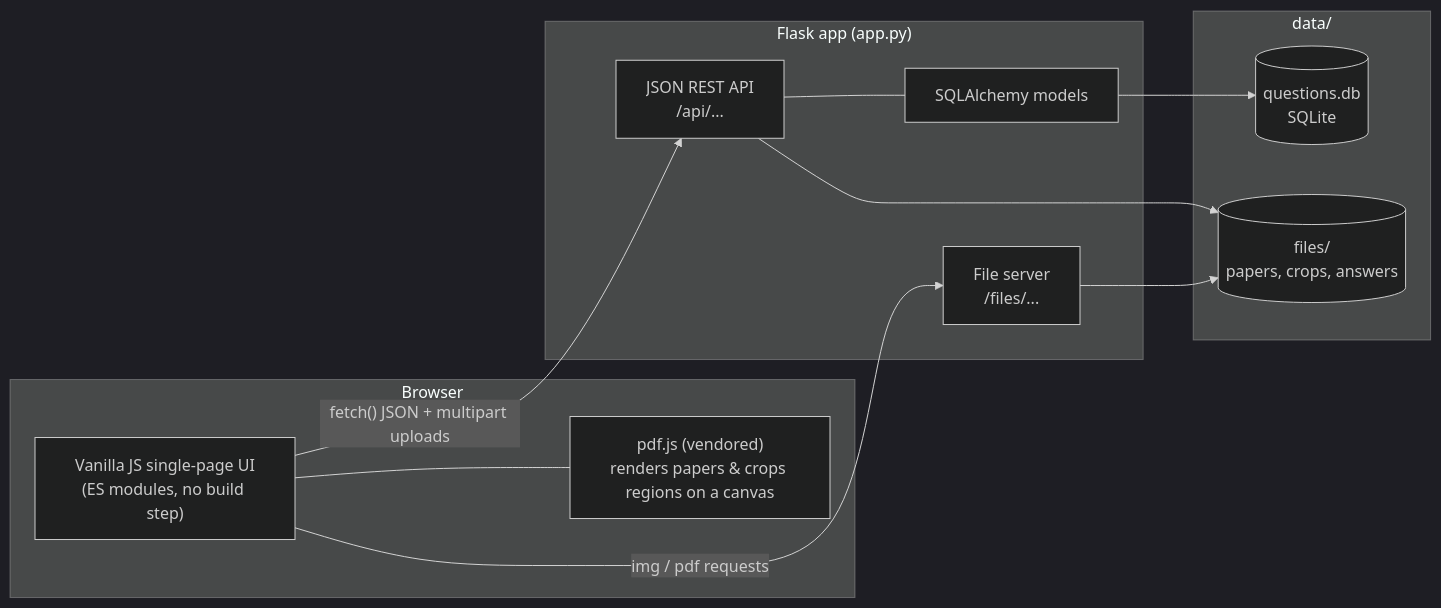
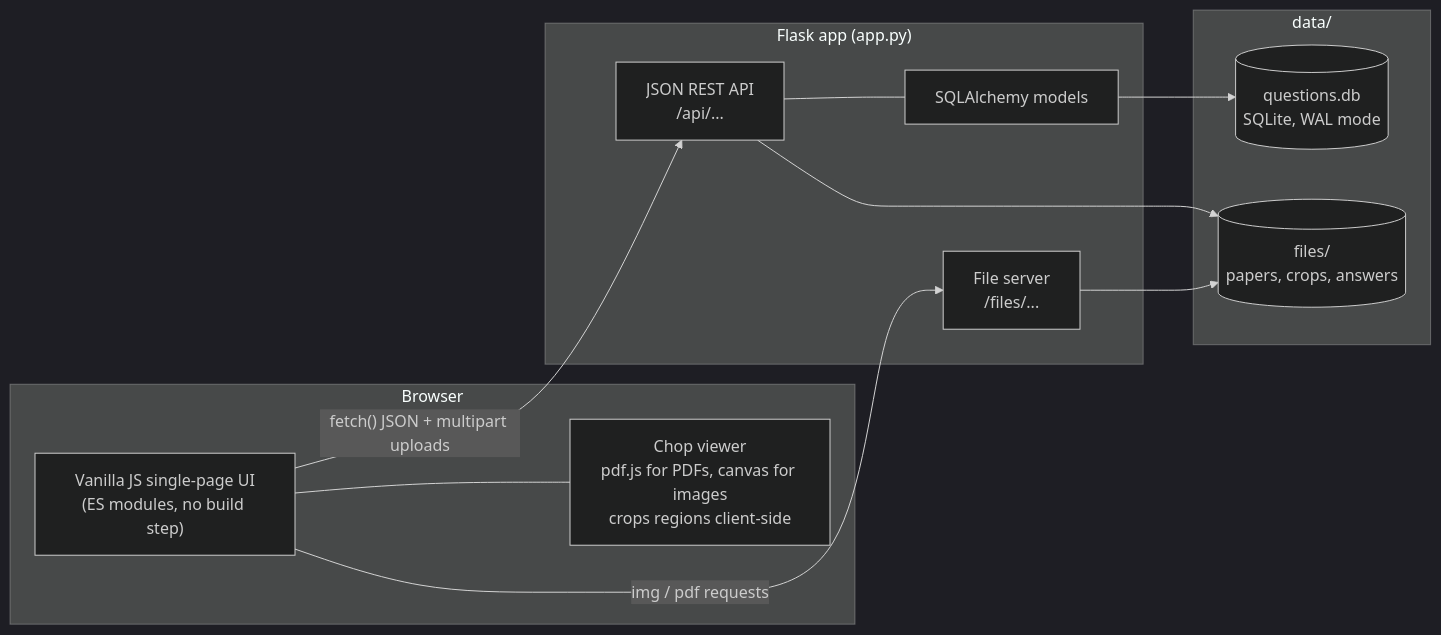
Before and after one commit to spere43/TutorDB: the first of 2 diagrams in README.md, drawn with Mermaid (dark theme). The commit also changed other lines of this file and 8 other files, not shown here.

````diff
--- a/README.md
+++ b/README.md
@@ -156,26 +201,26 @@
 ```mermaid
 flowchart LR
     subgraph Browser
         UI["Vanilla JS single-page UI<br/>(ES modules, no build step)"]
-        PDF["pdf.js (vendored)<br/>renders papers &amp; crops regions on a canvas"]
-        UI --- PDF
+        DOC["Chop viewer<br/>pdf.js for PDFs, canvas for images<br/>crops regions client-side"]
+        UI --- DOC
     end
 
     subgraph Server["Flask app (app.py)"]
         API["JSON REST API<br/>/api/..."]
         FILES["File server<br/>/files/..."]
         ORM["SQLAlchemy models"]
         API --- ORM
     end
 
     subgraph Disk["data/"]
-        DB[("questions.db<br/>SQLite")]
+        DB[("questions.db<br/>SQLite, WAL mode")]
         BLOBS[("files/<br/>papers, crops, answers")]
     end
 
     UI -- "fetch() JSON + multipart uploads" --> API
     UI -- "img / pdf requests" --> FILES
     ORM --> DB
     API --> BLOBS
     FILES --> BLOBS
 ```
````
